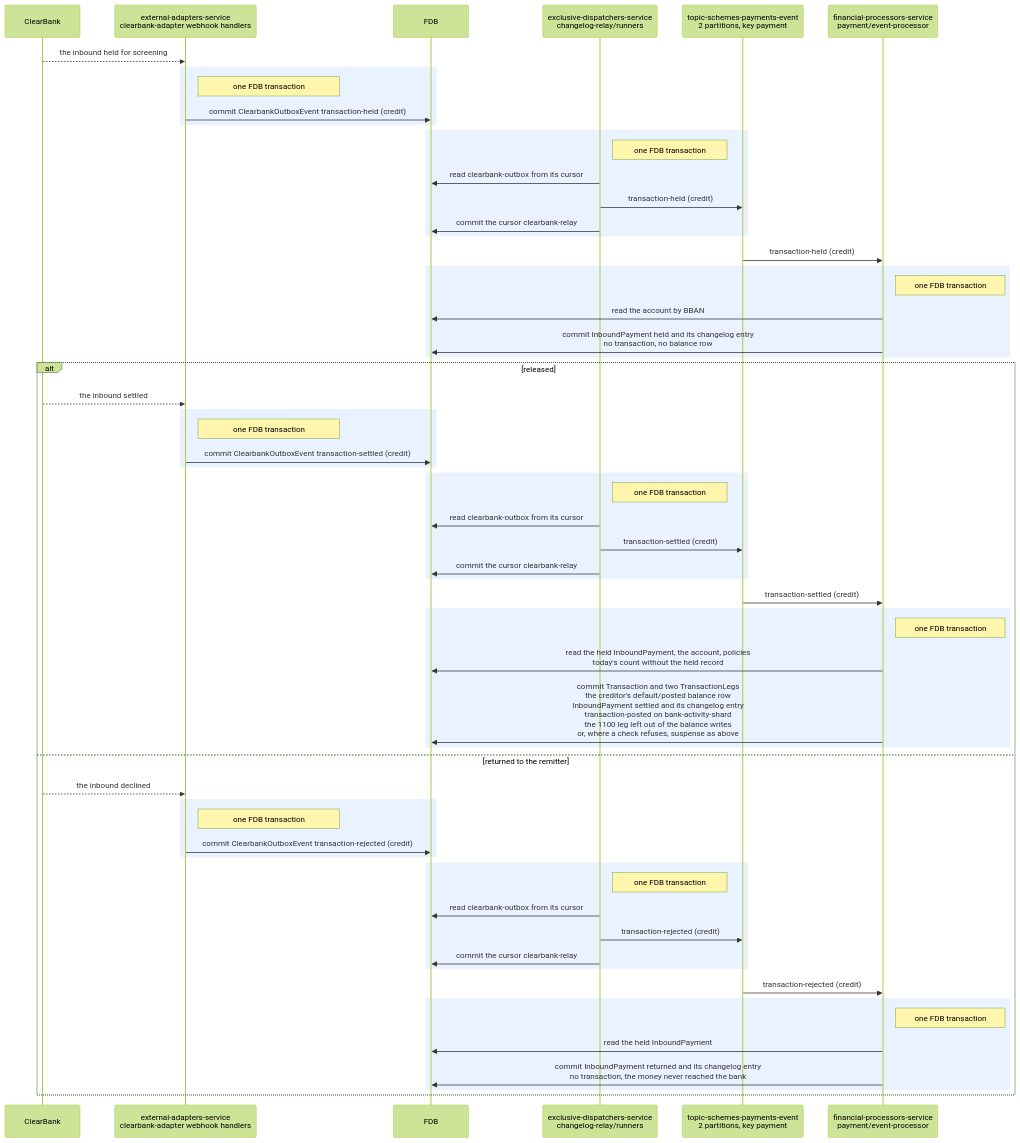
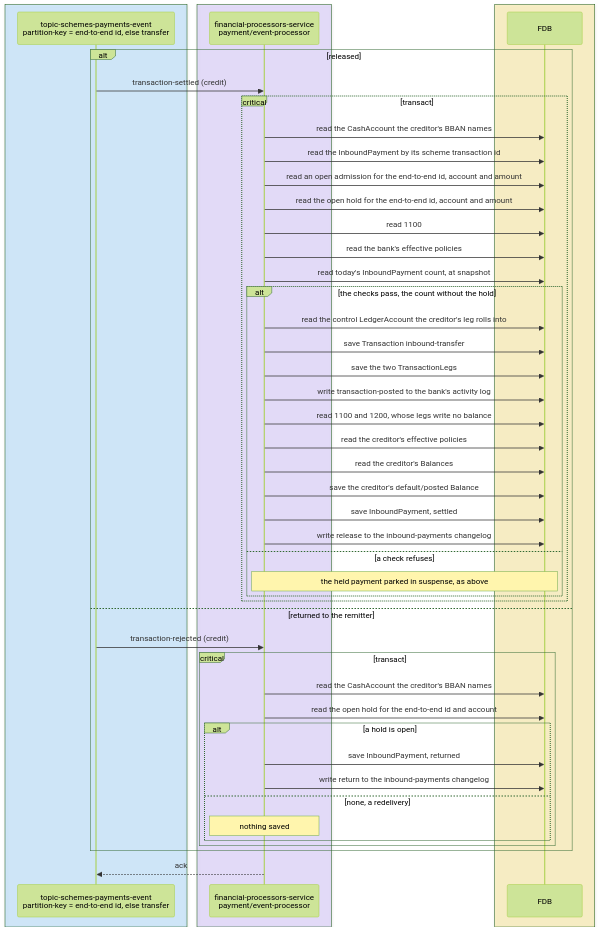
Before and after one commit to repldriven/queenswood: the eighth of 15 diagrams in docs/tdd/payments-inbound.md, drawn with Mermaid (forest theme). The commit also changed other lines of this file and 2 other files, not shown here.

Commit message:
Draw outbound and inbound payments to the internal diagrams' conventions

````diff
--- a/docs/tdd/payments-inbound.md
+++ b/docs/tdd/payments-inbound.md
@@ -162,63 +392,51 @@
 ```mermaid
 sequenceDiagram
-    participant PR as ClearBank
-    participant WH as external-adapters-service<br/>clearbank-adapter webhook handlers
+    box rgba(165, 216, 255, 0.45)
+    participant SE as topic-schemes-payments-event<br/>partition-key = end-to-end id, else transfer
+    end
+    box rgba(208, 191, 255, 0.45)
+    participant PE as financial-processors-service<br/>payment/event-processor
+    end
+    box rgba(255, 236, 153, 0.5)
     participant DB as FDB
-    participant OR as exclusive-dispatchers-service<br/>changelog-relay/runners
-    participant SE as topic-schemes-payments-event<br/>2 partitions, key payment
-    participant PE as financial-processors-service<br/>payment/event-processor
-    PR-->>WH: the inbound held for screening
-    rect rgb(235, 242, 255)
-    Note right of WH: one FDB transaction
-    WH->>DB: commit ClearbankOutboxEvent transaction-held (credit)
-    end
-    rect rgb(235, 242, 255)
-    Note right of OR: one FDB transaction
-    OR->>DB: read clearbank-outbox from its cursor
-    OR->>SE: transaction-held (credit)
-    OR->>DB: commit the cursor clearbank-relay
-    end
-    SE->>PE: transaction-held (credit)
-    rect rgb(235, 242, 255)
-    Note right of PE: one FDB transaction
-    PE->>DB: read the account by BBAN
-    PE->>DB: commit InboundPayment held and its changelog entry<br/>no transaction, no balance row
     end
     alt released
-        PR-->>WH: the inbound settled
-        rect rgb(235, 242, 255)
-        Note right of WH: one FDB transaction
-        WH->>DB: commit ClearbankOutboxEvent transaction-settled (credit)
-        end
-        rect rgb(235, 242, 255)
-        Note right of OR: one FDB transaction
-        OR->>DB: read clearbank-outbox from its cursor
-        OR->>SE: transaction-settled (credit)
-        OR->>DB: commit the cursor clearbank-relay
-        end
-        SE->>PE: transaction-settled (credit)
-        rect rgb(235, 242, 255)
-        Note right of PE: one FDB transaction
-        PE->>DB: read the held InboundPayment, the account, policies<br/>today's count without the held record
-        PE->>DB: commit Transaction and two TransactionLegs<br/>the creditor's default/posted balance row<br/>InboundPayment settled and its changelog entry<br/>transaction-posted on bank-activity-shard<br/>the 1100 leg left out of the balance writes<br/>or, where a check refuses, suspense as above
-        end
+    SE->>PE: transaction-settled (credit)
+    critical transact
+    PE->>DB: read the CashAccount the creditor's BBAN names
+    PE->>DB: read the InboundPayment by its scheme transaction id
+    PE->>DB: read an open admission for the end-to-end id, account and amount
+    PE->>DB: read the open hold for the end-to-end id, account and amount
+    PE->>DB: read 1100
+    PE->>DB: read the bank's effective policies
+    PE->>DB: read today's InboundPayment count, at snapshot
+    alt the checks pass, the count without the hold
+    PE->>DB: read the control LedgerAccount the creditor's leg rolls into
+    PE->>DB: save Transaction inbound-transfer
+    PE->>DB: save the two TransactionLegs
+    PE->>DB: write transaction-posted to the bank's activity log
+    PE->>DB: read 1100 and 1200, whose legs write no balance
+    PE->>DB: read the creditor's effective policies
+    PE->>DB: read the creditor's Balances
+    PE->>DB: save the creditor's default/posted Balance
+    PE->>DB: save InboundPayment, settled
+    PE->>DB: write release to the inbound-payments changelog
+    else a check refuses
+    Note over PE,DB: the held payment parked in suspense, as above
+    end
+    end
     else returned to the remitter
-        PR-->>WH: the inbound declined
-        rect rgb(235, 242, 255)
-        Note right of WH: one FDB transaction
-        WH->>DB: commit ClearbankOutboxEvent transaction-rejected (credit)
-        end
-        rect rgb(235, 242, 255)
-        Note right of OR: one FDB transaction
-        OR->>DB: read clearbank-outbox from its cursor
-        OR->>SE: transaction-rejected (credit)
-        OR->>DB: commit the cursor clearbank-relay
-        end
-        SE->>PE: transaction-rejected (credit)
-        rect rgb(235, 242, 255)
-        Note right of PE: one FDB transaction
-        PE->>DB: read the held InboundPayment
-        PE->>DB: commit InboundPayment returned and its changelog entry<br/>no transaction, the money never reached the bank
-        end
+    SE->>PE: transaction-rejected (credit)
+    critical transact
+    PE->>DB: read the CashAccount the creditor's BBAN names
+    PE->>DB: read the open hold for the end-to-end id and account
+    alt a hold is open
+    PE->>DB: save InboundPayment, returned
+    PE->>DB: write return to the inbound-payments changelog
+    else none, a redelivery
+    Note over PE: nothing saved
     end
+    end
+    end
+    PE-->>SE: ack
 ```
````
